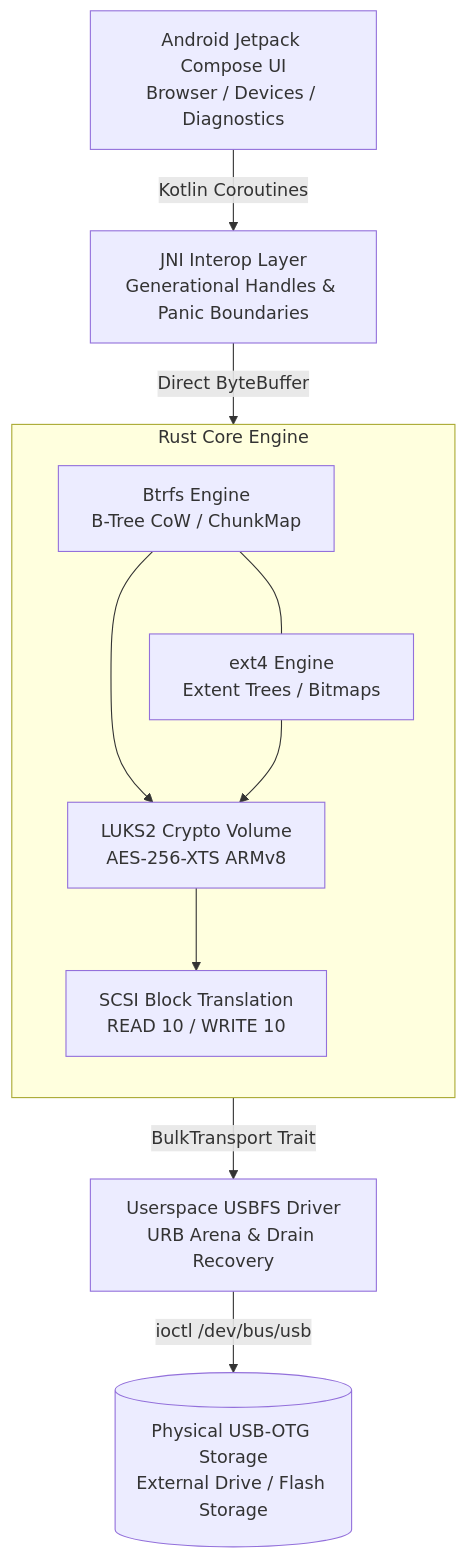
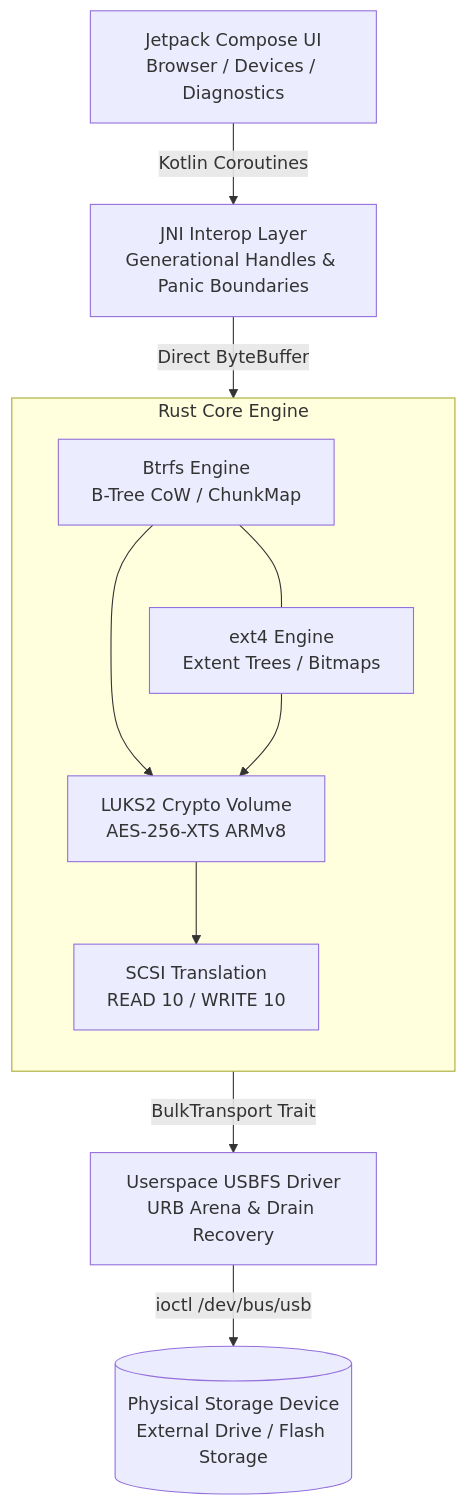
Before and after one commit to rDelmotra/luks-android: the diagram in README.md, drawn with Mermaid. The commit also changed other lines of this file and 37 other files, not shown here.

````diff
--- a/README.md
+++ b/README.md
@@ -66,15 +93,15 @@
 ```mermaid
 flowchart TD
-    UI[Android Jetpack Compose UI<br/>Browser / Devices / Diagnostics] -->|Kotlin Coroutines| JNI[JNI Interop Layer<br/>Generational Handles & Panic Boundaries]
-    JNI -->|Direct ByteBuffer| Core[Rust Core Engine]
+    UI["Jetpack Compose UI<br/>Browser / Devices / Diagnostics"] -->|Kotlin Coroutines| JNI["JNI Interop Layer<br/>Generational Handles & Panic Boundaries"]
+    JNI -->|Direct ByteBuffer| Core["Rust Core Engine"]
     
-    subgraph Core[Rust Core Engine]
+    subgraph Core["Rust Core Engine"]
         direction TB
-        Btrfs[Btrfs Engine<br/>B-Tree CoW / ChunkMap] --- Ext4[ext4 Engine<br/>Extent Trees / Bitmaps]
-        Btrfs & Ext4 --> LUKS[LUKS2 Crypto Volume<br/>AES-256-XTS ARMv8]
-        LUKS --> SCSI[SCSI Block Translation<br/>READ 10 / WRITE 10]
+        Btrfs["Btrfs Engine<br/>B-Tree CoW / ChunkMap"] --- Ext4["ext4 Engine<br/>Extent Trees / Bitmaps"]
+        Btrfs & Ext4 --> LUKS["LUKS2 Crypto Volume<br/>AES-256-XTS ARMv8"]
+        LUKS --> SCSI["SCSI Translation<br/>READ 10 / WRITE 10"]
     end
     
-    Core -->|BulkTransport Trait| USBFS[Userspace USBFS Driver<br/>URB Arena & Drain Recovery]
-    USBFS -->|ioctl /dev/bus/usb| Drive[(Physical USB-OTG Storage<br/>External Drive / Flash Storage)]
+    Core -->|BulkTransport Trait| USBFS["Userspace USBFS Driver<br/>URB Arena & Drain Recovery"]
+    USBFS -->|ioctl /dev/bus/usb| Drive[("Physical Storage Device<br/>External Drive / Flash Storage")]
 ```
````
